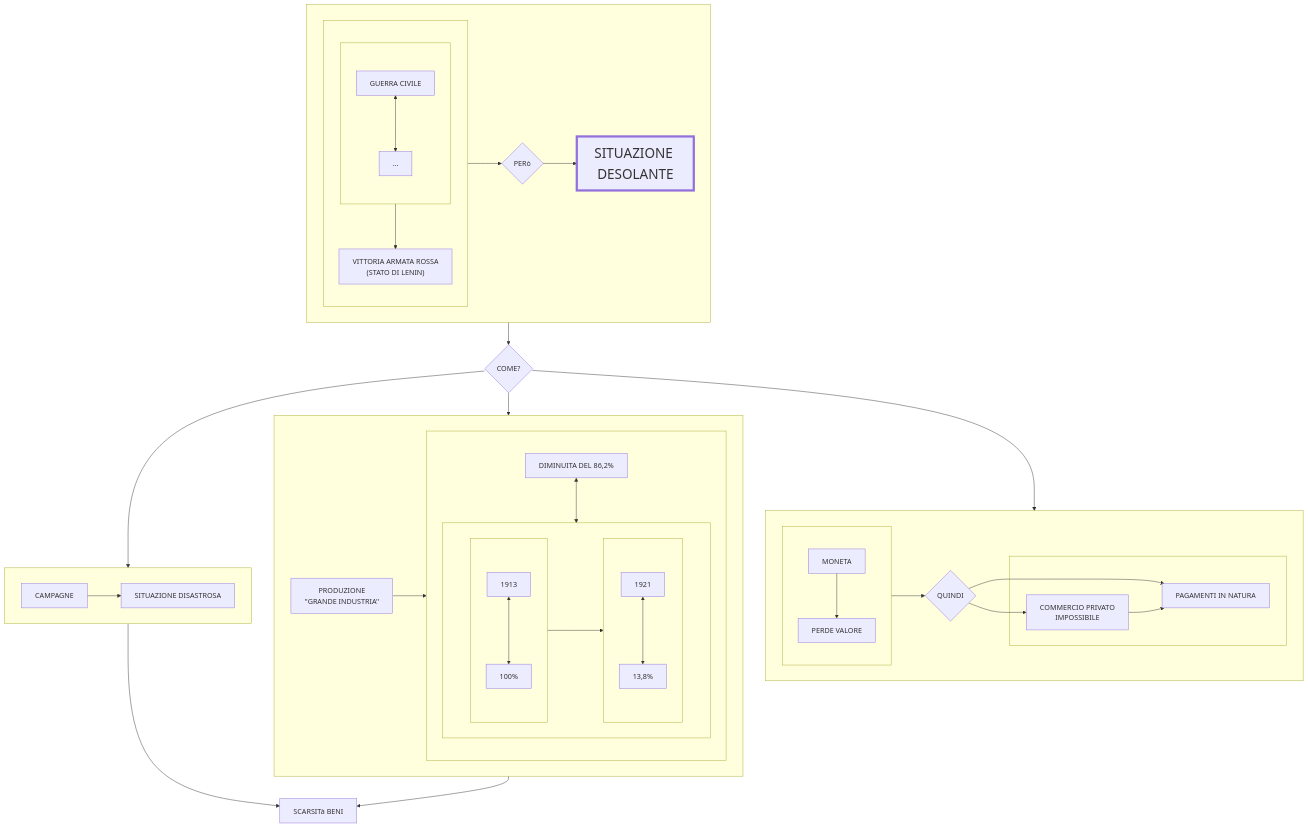
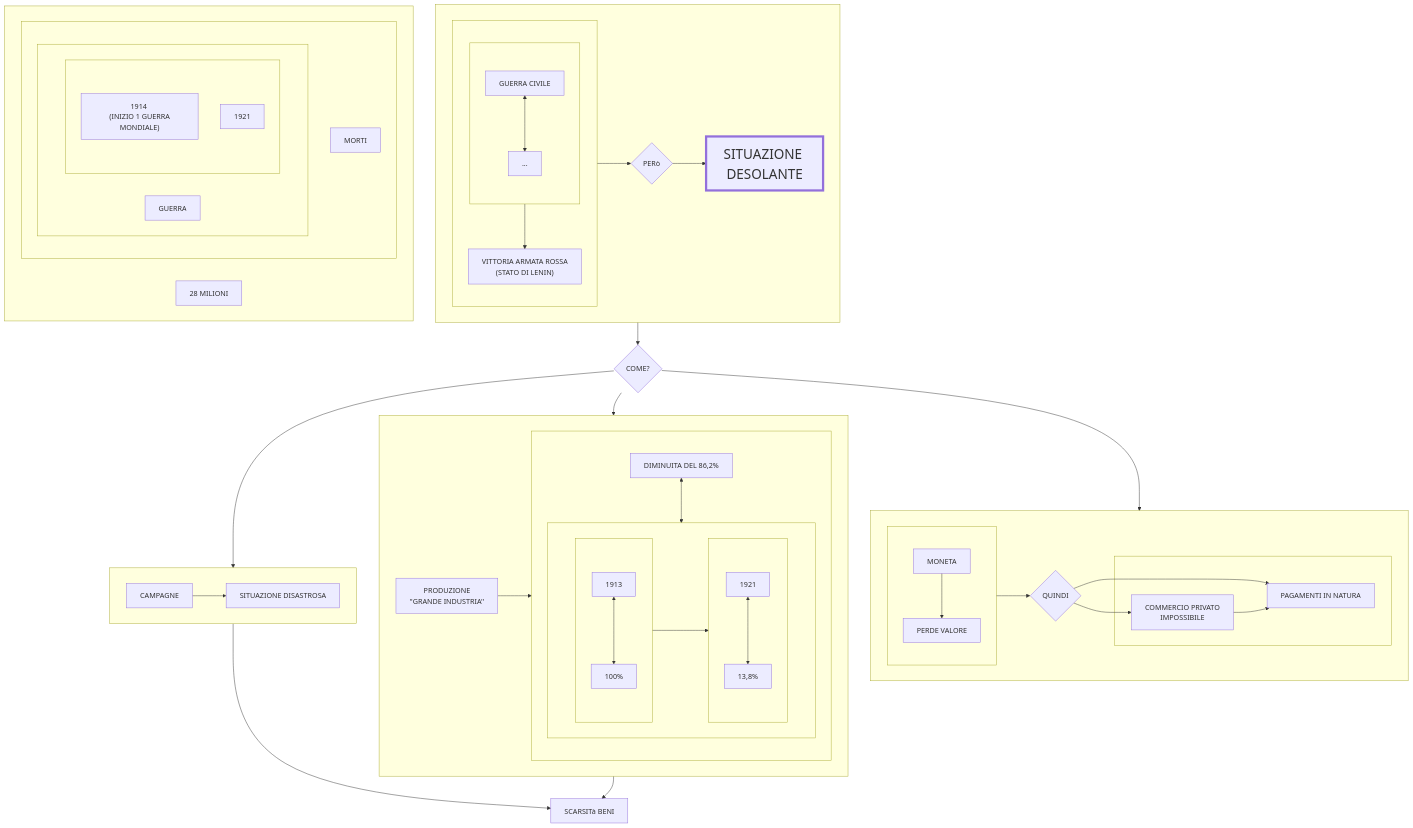
The diagram in prova.md (Laaouatni/ricerca-storia-MermaidJS), drawn with Mermaid before and after one commit.

````diff
--- a/prova.md
+++ b/prova.md
@@ -1,69 +1,82 @@
 ```mermaid
 flowchart TB
     classDef classGrande font-size: 30px, stroke-width: 5px;
     subgraph 017[" "]
       subgraph 016[" "]
         subgraph 01[" "]
           010[GUERRA CIVILE]
           0100[...]
           010 <--> 0100
         end
         011["VITTORIA ARMATA ROSSA <br> (STATO DI LENIN)"]
         01 --> 011
       end
       016 --> 012 --> 013
       012{PERò}
       013[SITUAZIONE DESOLANTE]:::classGrande
     end
     %% 013 --> 014
        017 --> 014
     014{COME?}
     subgraph 2[" "]
       20[PRODUZIONE <br> ''GRANDE INDUSTRIA'']
       subgraph 21[" "]
         200[DIMINUITA DEL 86,2%]
         subgraph 210[" "]
           direction LR;
           subgraph 22[" "]
             direction TB;
             220[1913]
             221[100%]
             220 <-->221
           end
           subgraph 23[" "]
             direction TB;
             230[1921]
             231[13,8%]
             230 <--> 231
           end
           22 --> 23
         end
         200 <--> 210
       end
       20 --> 21
     end
     014 --> 2
     subgraph 3[" "]
       30[CAMPAGNE]
       31[SITUAZIONE DISASTROSA]
       30 --> 31
     end
     014 --> 3
     4[SCARSITà BENI]
     3 & 2 --> 4
     subgraph 5[" "]
       subgraph 50[" "]
         500[MONETA]
         501[PERDE VALORE]
         500 --> 501
       end
       51{QUINDI}
       subgraph 54[" "]
         52[PAGAMENTI IN NATURA]
         53[COMMERCIO PRIVATO <br> IMPOSSIBILE]
       end
       50 --> 51 --> 52 & 53
       53 --> 52
     end
     014 --> 5
+    subgraph 6[" "]
+      subgraph 7[" "]
+        70[MORTI]
+        subgraph 8[" "]
+          80[GUERRA]
+          subgraph 9[" "]
+            90["1914 <br> (INIZIO 1 GUERRA MONDIALE)"]
+            91[1921]
+          end
+        end
+      end
+      60[28 MILIONI]
+    end
 ```
````
